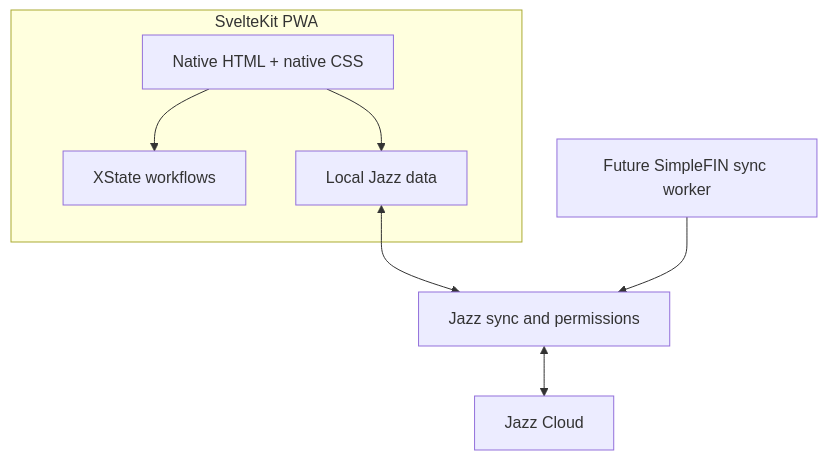
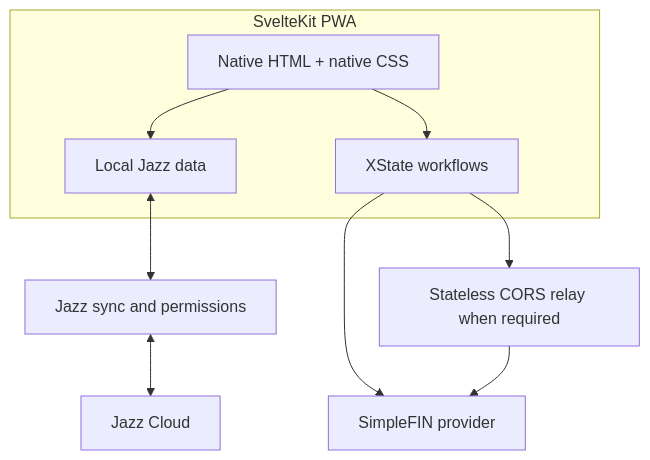
One commit to delightful-labs/delightful-finances changed the diagram in specs/001-finance-mvp/plan.md. Above: the diagram before and after it, drawn with Mermaid. The commit also changed other lines of this file and 2 other files, not shown here.

Commit message:
docs: align MVP SimpleFIN artifacts with approved credential design

````diff
--- a/specs/001-finance-mvp/plan.md
+++ b/specs/001-finance-mvp/plan.md
@@ -36,16 +36,19 @@
 ```mermaid
 flowchart TB
   subgraph client [SvelteKit PWA]
     UI[Native HTML + native CSS]
     Flow[XState workflows]
     Local[Local Jazz data]
   end
   Sync[Jazz sync and permissions]
   Cloud[Jazz Cloud]
-  Worker[Future SimpleFIN sync worker]
+  Provider[SimpleFIN provider]
+  Relay[Stateless CORS relay when required]
   UI --> Local
   UI --> Flow
   Local <--> Sync
   Sync <--> Cloud
-  Worker --> Sync
+  Flow --> Provider
+  Flow --> Relay
+  Relay --> Provider
 ```
````
